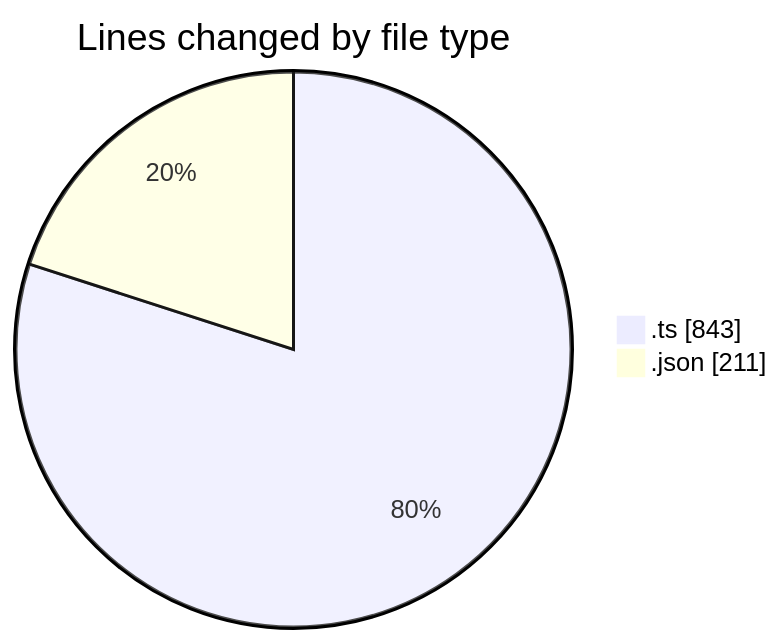
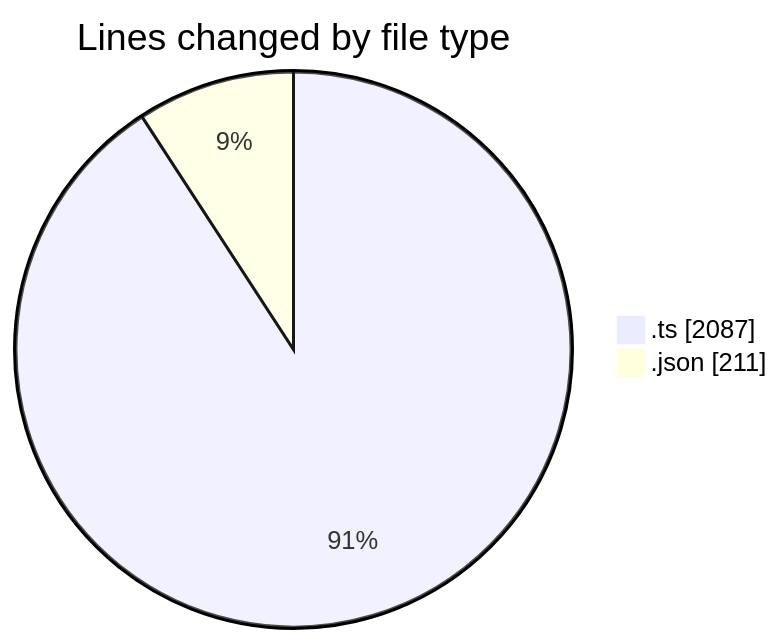
Before and after one commit to momahboobian/code-tracking: the first of 2 diagrams in 2026-11-04/cda/README.md, drawn with Mermaid. The commit also changed other lines of this file and 1 other file, not shown here.

````diff
--- a/2026-11-04/cda/README.md
+++ b/2026-11-04/cda/README.md
@@ -21,6 +23,6 @@
 ```mermaid
 pie showData
 title Lines changed by file type
-".ts" : 843
+".ts" : 2087
 ".json" : 211
 ```
````
